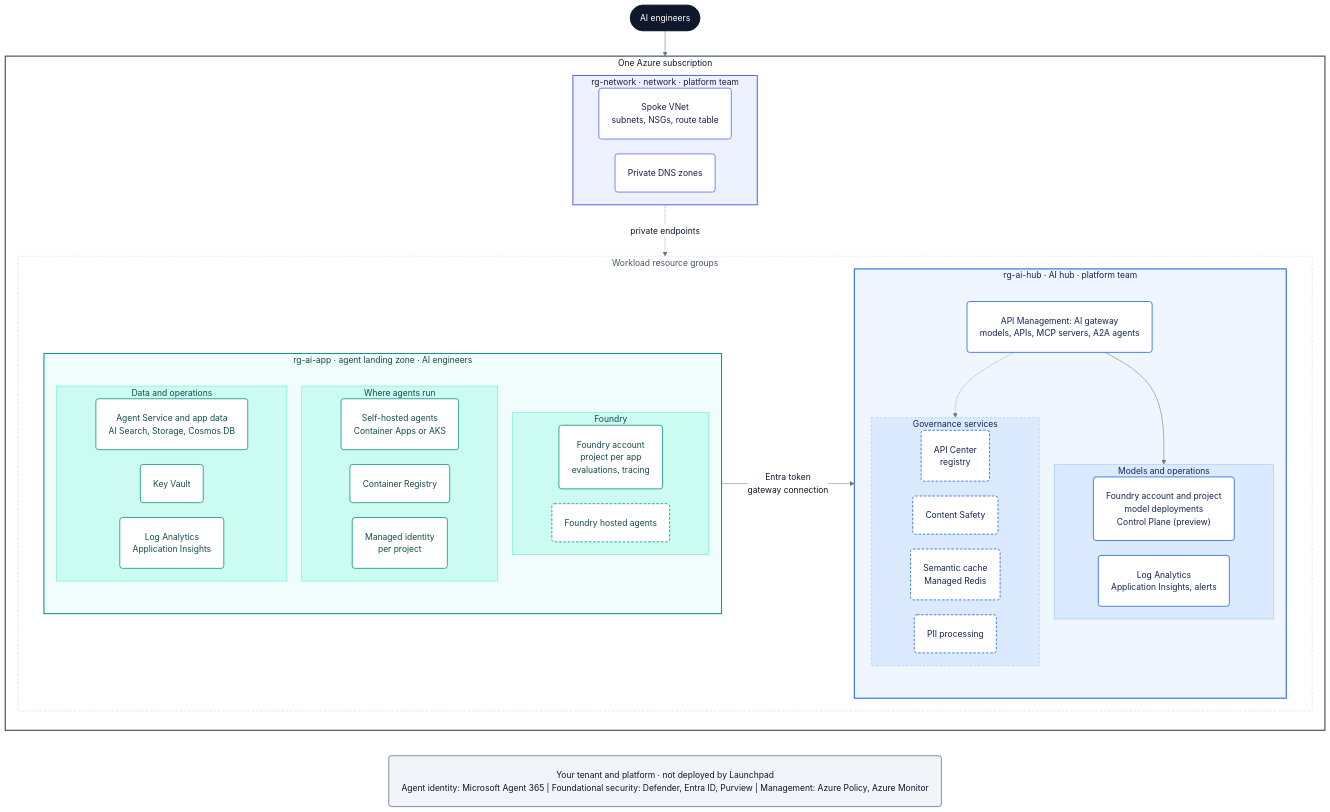
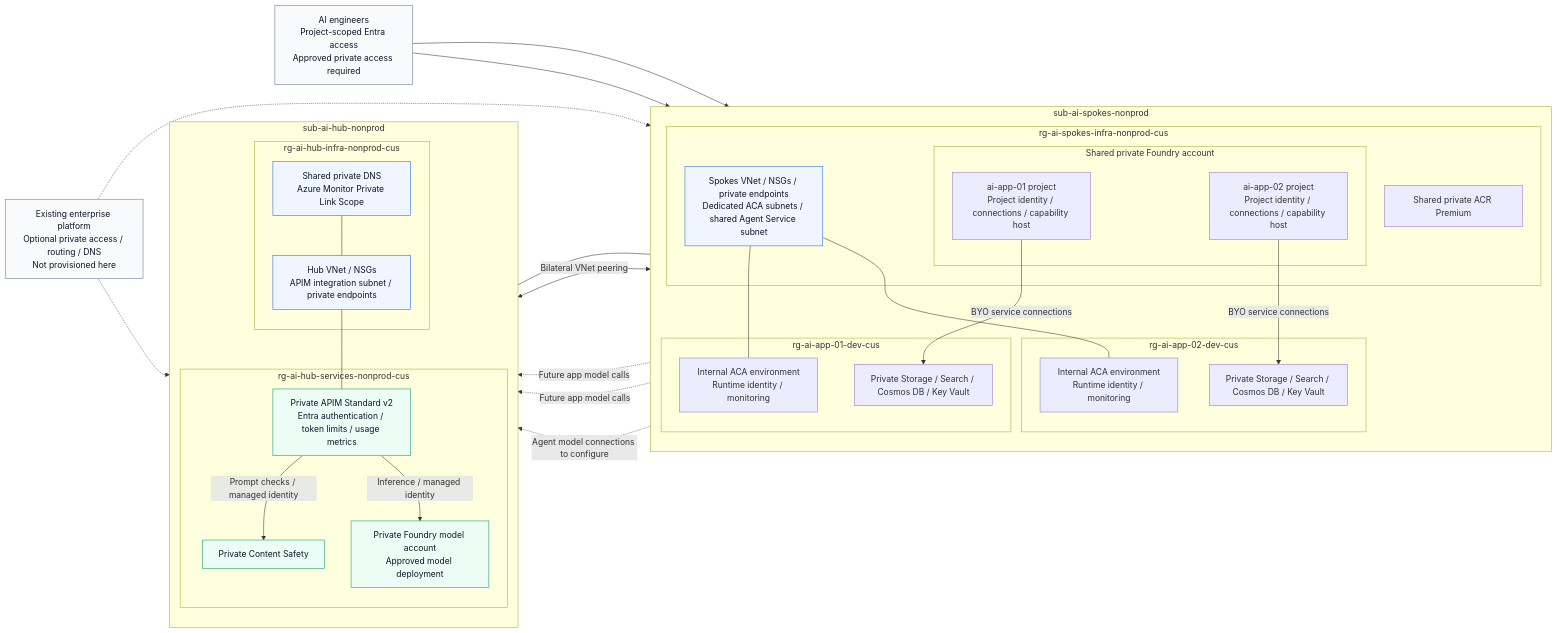
Before and after one commit to hamza-roujdami/foundry-launchpad: the diagram in README.md, drawn with Mermaid. The commit also changed other lines of this file and 87 other files, not shown here.

First line of the commit message:
Add organized Terraform and Bicep AI landing zone infrastructure

````diff
--- a/README.md
+++ b/README.md
@@ -33,92 +44,63 @@
 ```mermaid
-%%{init: {"theme": "base", "themeVariables": {"primaryColor": "#ffffff", "primaryTextColor": "#0f172a", "primaryBorderColor": "#94a3b8", "lineColor": "#64748b", "clusterBkg": "#f8fafc", "clusterBorder": "#cbd5e1", "edgeLabelBackground": "#ffffff"}, "flowchart": {"curve": "basis", "nodeSpacing": 28, "rankSpacing": 48, "padding": 24, "htmlLabels": true, "wrappingWidth": 1400}}}%%
-flowchart TB
-    eng(["AI engineers"])
+flowchart LR
+    engineers["AI engineers<br/>Project-scoped Entra access<br/>Approved private access required"]
+    enterprise["Existing enterprise platform<br/>Optional private access / routing / DNS<br/>Not provisioned here"]
 
-    subgraph sub["One Azure subscription"]
+    subgraph ai_spokes["sub-ai-spokes-nonprod"]
         direction TB
-
-        subgraph net["rg-network  ·  network  ·  platform team"]
-            direction LR
-            vnet("Spoke VNet<br/>subnets, NSGs, route table")
-            dns("Private DNS zones")
-        end
-
-        subgraph work["Workload resource groups"]
-            direction LR
-
-            subgraph app["rg-ai-app  ·  agent landing zone  ·  AI engineers"]
-                direction TB
-                subgraph appfnd["Foundry"]
-                    direction LR
-                    afnd("Foundry account<br/>project per app<br/>evaluations, tracing")
-                    hosted("Foundry hosted agents")
-                end
-                subgraph apphost["Where agents run"]
-                    direction LR
-                    selfh("Self-hosted agents<br/>Container Apps or AKS")
-                    acr("Container Registry")
-                    mi("Managed identity<br/>per project")
-                end
-                subgraph appdata["Data and operations"]
-                    direction LR
-                    adata("Agent Service and app data<br/>AI Search, Storage, Cosmos DB")
-                    kv("Key Vault")
-                    amon("Log Analytics<br/>Application Insights")
-                end
-            end
-
-            subgraph hub["rg-ai-hub  ·  AI hub  ·  platform team"]
-                direction TB
-                apim("API Management: AI gateway<br/>models, APIs, MCP servers, A2A agents")
-                subgraph hubcore["Models and operations"]
-                    direction LR
-                    fnd("Foundry account and project<br/>model deployments<br/>Control Plane (preview)")
-                    mon("Log Analytics<br/>Application Insights, alerts")
-                end
-                subgraph gov["Governance services"]
-                    direction LR
-                    reg("API Center<br/>registry")
-                    safety("Content Safety")
-                    cache("Semantic cache<br/>Managed Redis")
-                    pii("PII processing")
-                end
-                apim --> hubcore
-                apim -.-> gov
+        subgraph spokes_infra["rg-ai-spokes-infra-nonprod-cus"]
+            spokes_network["Spokes VNet / NSGs / private endpoints<br/>Dedicated ACA subnets / shared Agent Service subnet"]
+            registry["Shared private ACR Premium"]
+            subgraph foundry["Shared private Foundry account"]
+                app01_project["ai-app-01 project<br/>Project identity / connections / capability host"]
+                app02_project["ai-app-02 project<br/>Project identity / connections / capability host"]
             end
         end
+        subgraph app01_rg["rg-ai-app-01-dev-cus"]
+            app01_runtime["Internal ACA environment<br/>Runtime identity / monitoring"]
+            app01_data["Private Storage / Search / Cosmos DB / Key Vault"]
+        end
+        subgraph app02_rg["rg-ai-app-02-dev-cus"]
+            app02_runtime["Internal ACA environment<br/>Runtime identity / monitoring"]
+            app02_data["Private Storage / Search / Cosmos DB / Key Vault"]
+        end
+        spokes_network --- app01_runtime
+        spokes_network --- app02_runtime
+        app01_project -->|"BYO service connections"| app01_data
+        app02_project -->|"BYO service connections"| app02_data
     end
 
-    tenant("Your tenant and platform  ·  not deployed by Launchpad<br/>Agent identity: Microsoft Agent 365   |   Foundational security: Defender, Entra ID, Purview   |   Management: Azure Policy, Azure Monitor")
+    subgraph ai_hub["sub-ai-hub-nonprod"]
+        direction TB
+        subgraph hub_infra["rg-ai-hub-infra-nonprod-cus"]
+            hub_network["Hub VNet / NSGs<br/>APIM integration subnet / private endpoints"]
+            shared_ops["Shared private DNS<br/>Azure Monitor Private Link Scope"]
+        end
+        subgraph hub_services["rg-ai-hub-services-nonprod-cus"]
+            gateway["Private APIM Standard v2<br/>Entra authentication / token limits / usage metrics"]
+            safety["Private Content Safety"]
+            models["Private Foundry model account<br/>Approved model deployment"]
+        end
+        hub_network --- gateway
+        gateway -->|"Prompt checks / managed identity"| safety
+        gateway -->|"Inference / managed identity"| models
+    end
 
-    eng --> sub
-    net -.->|"private endpoints"| work
-    app -->|"Entra token<br/>gateway connection"| hub
-    sub ~~~ tenant
+    engineers --> app01_project
+    engineers --> app02_project
+    spokes_network <-->|"Bilateral VNet peering"| hub_network
+    shared_ops --- hub_network
+    shared_ops --- spokes_network
+    app01_runtime -.->|"Future app model calls"| gateway
+    app02_runtime -.->|"Future app model calls"| gateway
+    foundry -.->|"Agent model connections to configure"| gateway
+    enterprise -.-> spokes_network
+    enterprise -.-> hub_network
 
-    classDef netc fill:#ffffff,stroke:#6366f1,stroke-width:1.5px,color:#1e1b4b
-    classDef hubc fill:#ffffff,stroke:#2563eb,stroke-width:1.5px,color:#172554
-    classDef appc fill:#ffffff,stroke:#0d9488,stroke-width:1.5px,color:#134e4a
-    classDef optc fill:#ffffff,stroke:#2563eb,stroke-width:1.5px,stroke-dasharray:5 3,color:#172554
-    classDef optapp fill:#ffffff,stroke:#0d9488,stroke-width:1.5px,stroke-dasharray:5 3,color:#134e4a
-    classDef platc fill:#f1f5f9,stroke:#64748b,stroke-width:1.5px,color:#0f172a
-    classDef person fill:#0f172a,stroke:#0f172a,color:#ffffff
-    class vnet,dns netc
-    class apim,fnd,mon hubc
-    class reg,safety,cache,pii optc
-    class afnd,selfh,acr,mi,adata,kv,amon appc
-    class hosted optapp
-    class tenant platc
-    class eng person
-
-    style sub fill:#ffffff,stroke:#334155,stroke-width:2px,color:#0f172a
-    style work fill:#ffffff,stroke:#cbd5e1,stroke-dasharray:5 3,color:#475569
-    style net fill:#eef2ff,stroke:#6366f1,stroke-width:2px,color:#1e1b4b
-    style hub fill:#eff6ff,stroke:#2563eb,stroke-width:2px,color:#172554
-    style app fill:#f0fdfa,stroke:#0d9488,stroke-width:2px,color:#134e4a
-    style hubcore fill:#dbeafe,stroke:#93c5fd,color:#172554
-    style gov fill:#dbeafe,stroke:#93c5fd,stroke-dasharray:5 3,color:#172554
-    style appfnd fill:#ccfbf1,stroke:#5eead4,color:#134e4a
-    style apphost fill:#ccfbf1,stroke:#5eead4,color:#134e4a
-    style appdata fill:#ccfbf1,stroke:#5eead4,color:#134e4a
+    classDef network fill:#eff6ff,stroke:#2563eb,color:#0f172a
+    classDef gateway fill:#ecfdf5,stroke:#059669,color:#0f172a
+    classDef external fill:#f8fafc,stroke:#64748b,color:#0f172a
+    class spokes_network,hub_network,shared_ops network
+    class gateway,safety,models gateway
+    class enterprise,engineers external
 ```
````
